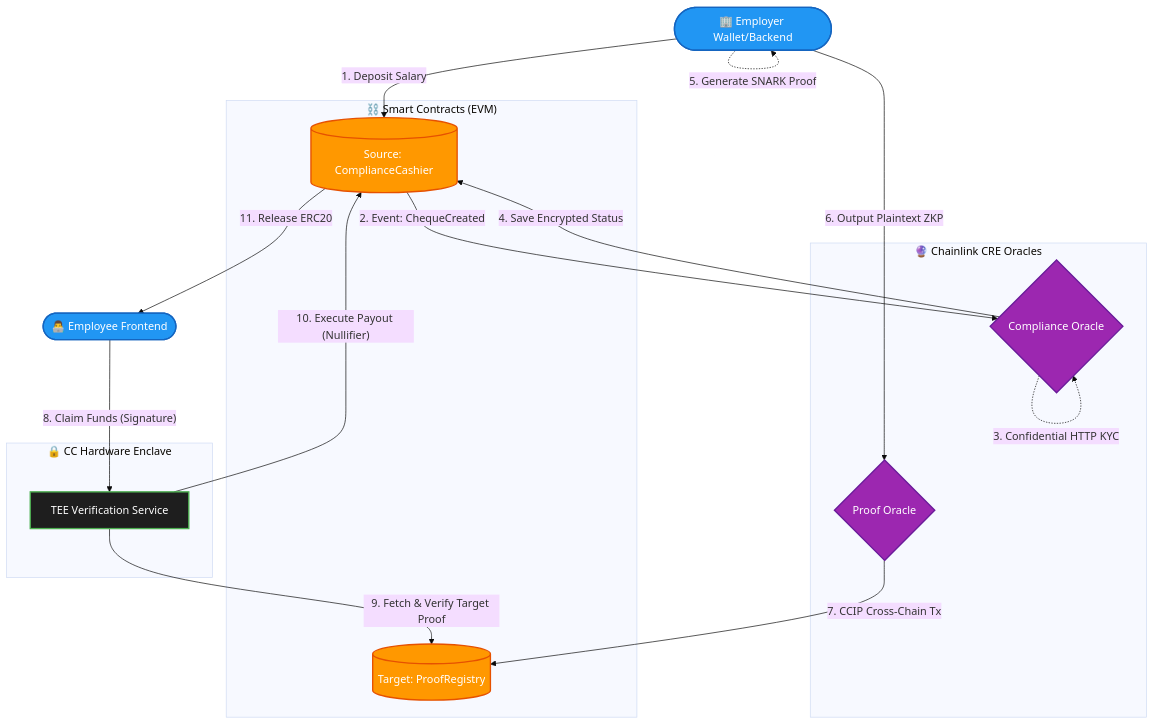
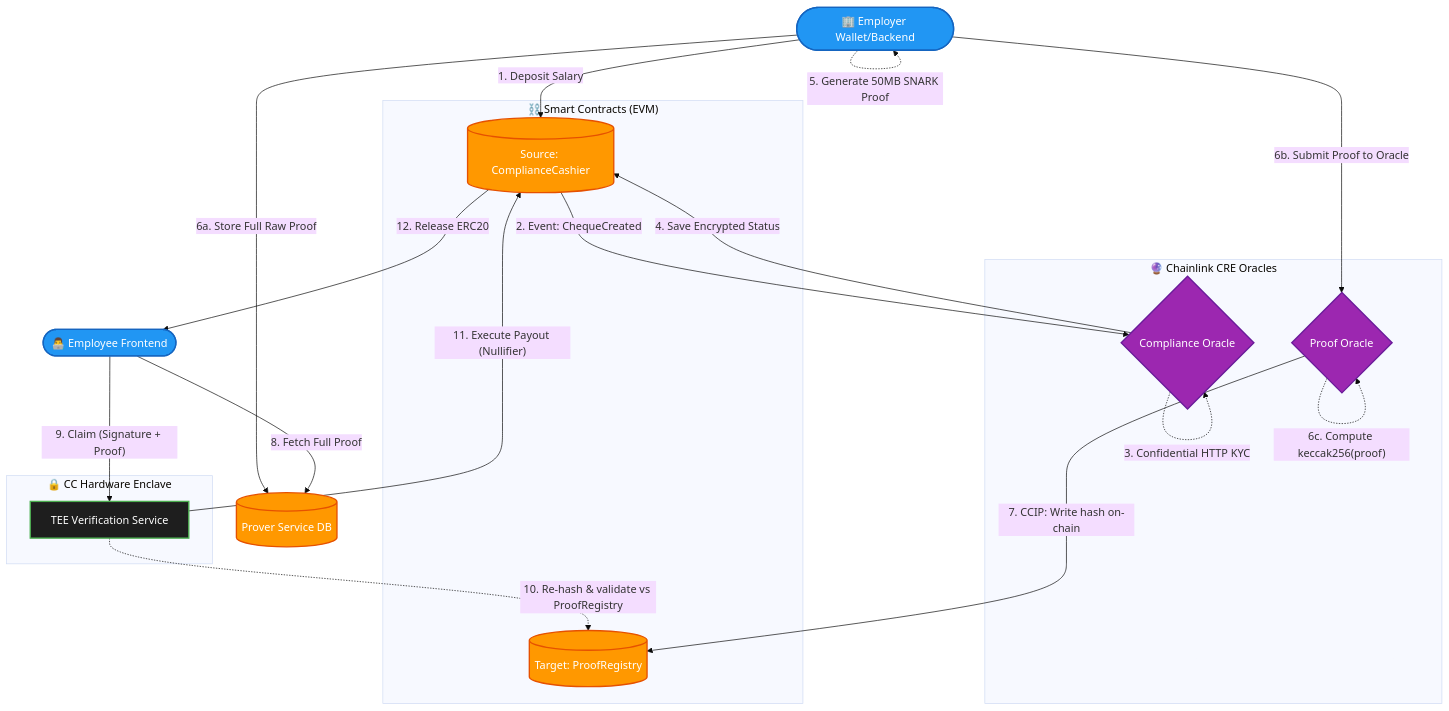
The diagram in ARCHITECTURE.md (yashsharma22003/Aletheia), drawn with Mermaid (base theme) before and after one commit. The commit also changed other lines of this file and 105 other files, not shown here.

````diff
--- a/ARCHITECTURE.md
+++ b/ARCHITECTURE.md
@@ -37,47 +37,52 @@
 ```mermaid
 flowchart TB
     %% Entities
     Employer([🏢 Employer Wallet/Backend])
     Employee([👨‍💻 Employee Frontend])
     
     subgraph Blockchains ["⛓️ Smart Contracts (EVM)"]
         Source[(Source: ComplianceCashier)]
         Target[(Target: ProofRegistry)]
     end
     
     subgraph Oracles ["🔮 Chainlink CRE Oracles"]
         Oracle1{Compliance Oracle}
         Oracle2{Proof Oracle}
     end
     
     subgraph TEE ["🔒 CC Hardware Enclave"]
         Verifier[TEE Verification Service]
     end
 
+    ProverDB[(Prover Service DB)]
+
     %% Phase 1
     Employer -- "1. Deposit Salary" --> Source
     Source -- "2. Event: ChequeCreated" --> Oracle1
     Oracle1 -. "3. Confidential HTTP KYC" .-> Oracle1
     Oracle1 -- "4. Save Encrypted Status" --> Source
 
     %% Phase 2
-    Employer -. "5. Generate SNARK Proof" .-> Employer
-    Employer -- "6. Output Plaintext ZKP" --> Oracle2
-    Oracle2 -- "7. CCIP Cross-Chain Tx" --> Target
+    Employer -. "5. Generate 50MB SNARK Proof" .-> Employer
+    Employer -- "6a. Store Full Raw Proof" --> ProverDB
+    Employer -- "6b. Submit Proof to Oracle" --> Oracle2
+    Oracle2 -. "6c. Compute keccak256(proof)" .-> Oracle2
+    Oracle2 -- "7. CCIP: Write hash on-chain" --> Target
 
     %% Phase 3
-    Employee -- "8. Claim Funds (Signature)" --> Verifier
-    Verifier -- "9. Fetch & Verify Target Proof" --> Target
-    Verifier -- "10. Execute Payout (Nullifier)" --> Source
-    Source -- "11. Release ERC20" --> Employee
+    Employee -- "8. Fetch Full Proof" --> ProverDB
+    Employee -- "9. Claim (Signature + Proof)" --> Verifier
+    Verifier -. "10. Re-hash & validate vs ProofRegistry" .-> Target
+    Verifier -- "11. Execute Payout (Nullifier)" --> Source
+    Source -- "12. Release ERC20" --> Employee
 
     %% Clean Styles
     classDef default fill:#1E1E1E,stroke:#4CAF50,stroke-width:2px,color:#FFF;
     classDef actor fill:#2196F3,stroke:#1565C0,stroke-width:2px,color:#FFF;
     classDef db fill:#FF9800,stroke:#E65100,stroke-width:2px,color:#FFF;
     classDef oracle fill:#9C27B0,stroke:#6A1B9A,stroke-width:2px,color:#FFF;
     
     class Employer,Employee actor;
-    class Source,Target db;
+    class Source,Target,ProverDB db;
     class Oracle1,Oracle2 oracle;
 ```
````
